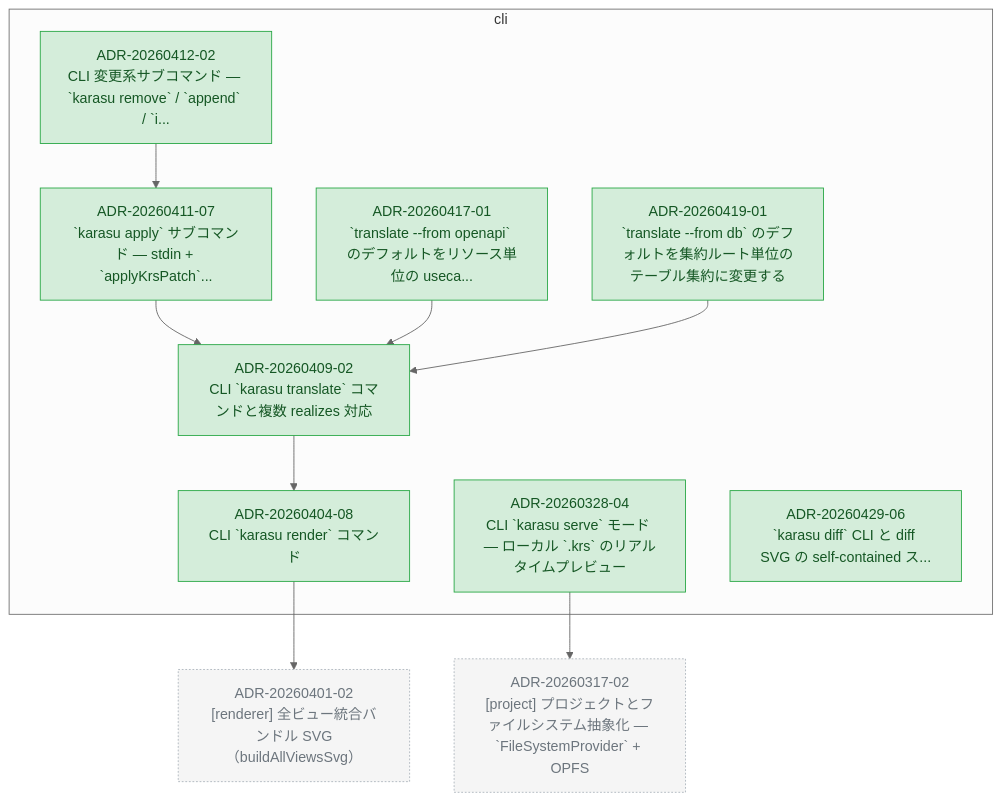
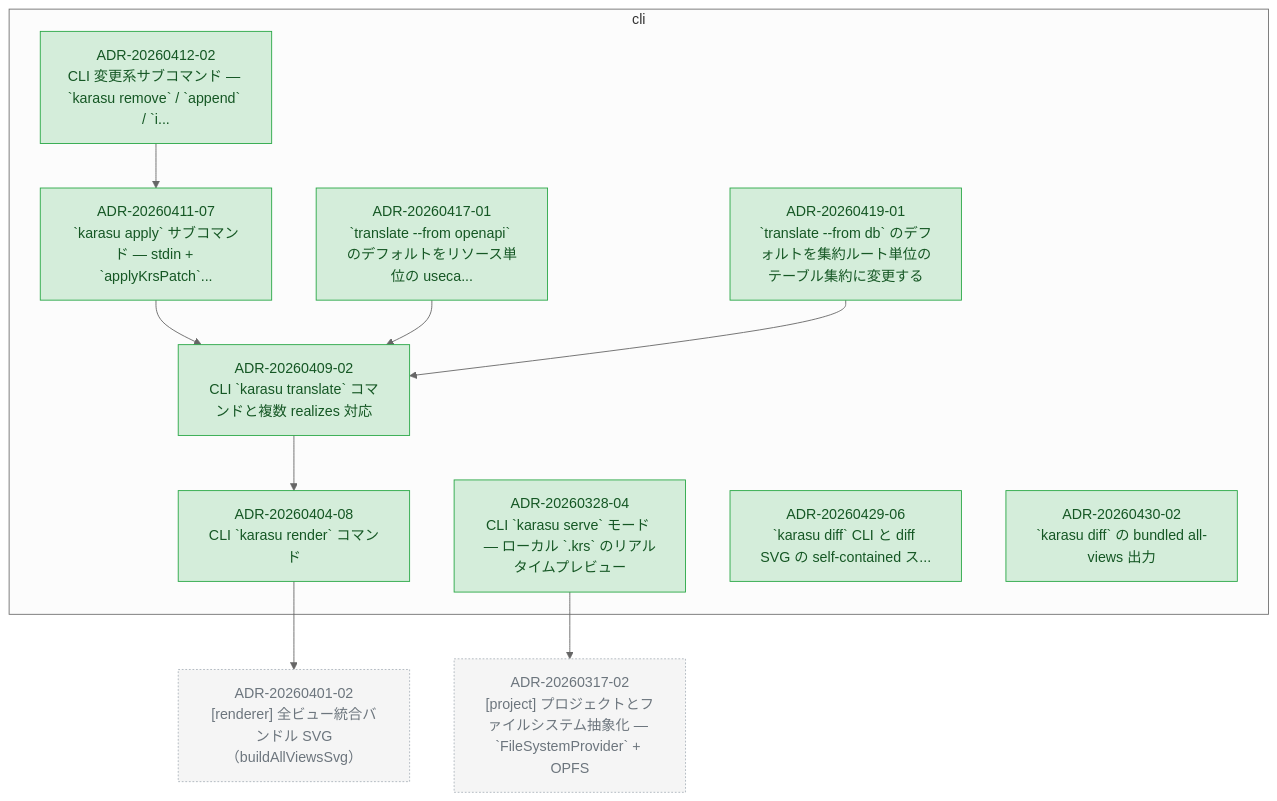
One commit to kompiro/karasu changed the diagram in docs/adr/graph/cli.md. Above: the diagram before and after it, drawn with Mermaid (neutral theme). The commit also changed other lines of this file and 5 other files, not shown here.

First line of the commit message:
docs(adr): record ADR-20260430-02 (bundled all-views diff)

````diff
--- a/docs/adr/graph/cli.md
+++ b/docs/adr/graph/cli.md
@@ -6,39 +6,41 @@
 ```mermaid
 flowchart TD
   subgraph cli["cli"]
     ADR_20260328_04["ADR-20260328-04<br/>CLI `karasu serve` モード — ローカル `.krs` のリアルタイムプレビュー"]
     ADR_20260404_08["ADR-20260404-08<br/>CLI `karasu render` コマンド"]
     ADR_20260409_02["ADR-20260409-02<br/>CLI `karasu translate` コマンドと複数 realizes 対応"]
     ADR_20260411_07["ADR-20260411-07<br/>`karasu apply` サブコマンド — stdin + `applyKrsPatch`..."]
     ADR_20260412_02["ADR-20260412-02<br/>CLI 変更系サブコマンド — `karasu remove` / `append` / `i..."]
     ADR_20260417_01["ADR-20260417-01<br/>`translate --from openapi` のデフォルトをリソース単位の useca..."]
     ADR_20260419_01["ADR-20260419-01<br/>`translate --from db` のデフォルトを集約ルート単位のテーブル集約に変更する"]
     ADR_20260429_06["ADR-20260429-06<br/>`karasu diff` CLI と diff SVG の self-contained ス..."]
+    ADR_20260430_02["ADR-20260430-02<br/>`karasu diff` の bundled all-views 出力"]
   end
   ADR_20260317_02["ADR-20260317-02<br/>[project] プロジェクトとファイルシステム抽象化 — `FileSystemProvider` + OPFS"]
   ADR_20260401_02["ADR-20260401-02<br/>[renderer] 全ビュー統合バンドル SVG（buildAllViewsSvg）"]
   ADR_20260328_04 --> ADR_20260317_02
   ADR_20260404_08 --> ADR_20260401_02
   ADR_20260409_02 --> ADR_20260404_08
   ADR_20260411_07 --> ADR_20260409_02
   ADR_20260412_02 --> ADR_20260411_07
   ADR_20260417_01 --> ADR_20260409_02
   ADR_20260419_01 --> ADR_20260409_02
 
   classDef accepted fill:#d4edda,stroke:#28a745,color:#155724
   classDef proposed fill:#fff3cd,stroke:#ffc107,color:#856404
   classDef deprecated fill:#f8d7da,stroke:#dc3545,color:#721c24
   classDef superseded fill:#e2e3e5,stroke:#6c757d,color:#383d41
   classDef not_adopted fill:#e2e3e5,stroke:#6c757d,color:#383d41,stroke-dasharray:3 3
   classDef ghost fill:#f5f5f5,stroke:#adb5bd,color:#6c757d,stroke-dasharray:2 2
   class ADR_20260328_04 accepted
   class ADR_20260404_08 accepted
   class ADR_20260409_02 accepted
   class ADR_20260411_07 accepted
   class ADR_20260412_02 accepted
   class ADR_20260417_01 accepted
   class ADR_20260419_01 accepted
   class ADR_20260429_06 accepted
+  class ADR_20260430_02 accepted
   class ADR_20260317_02 ghost
   class ADR_20260401_02 ghost
 ```
````
